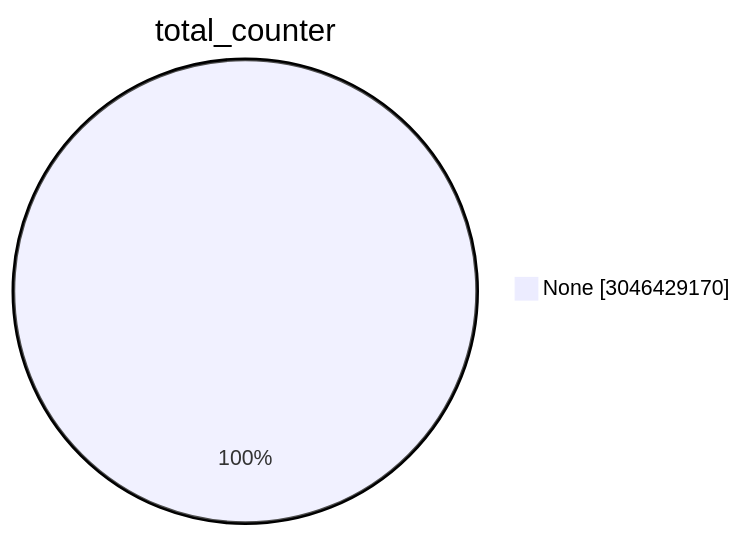
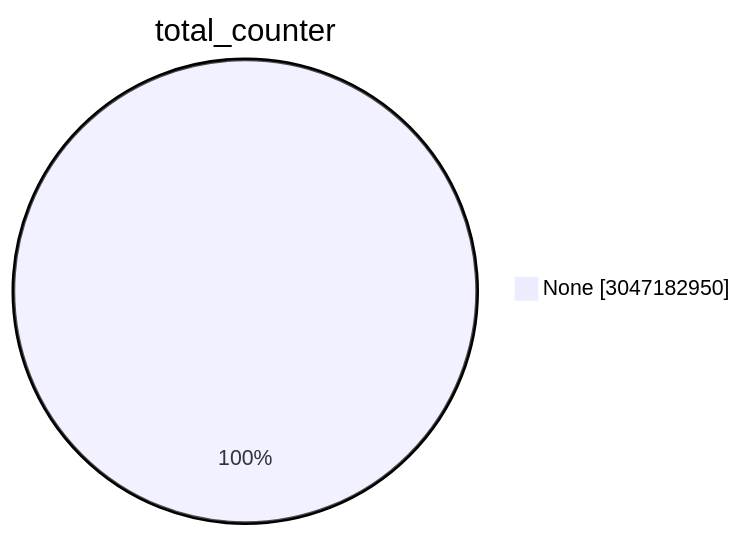
One commit to christiankrug/ctmonitor_visualization changed the first of 15 diagrams in TOTAL/README.md. Above: the diagram before and after it, drawn with Mermaid. The commit also changed other lines of this file, not shown here.

````diff
--- a/TOTAL/README.md
+++ b/TOTAL/README.md
@@ -1,5 +1,5 @@
 ```mermaid
 pie showData
 title total_counter
-"None" :3046429170
+"None" :3047182950
 ```
````
